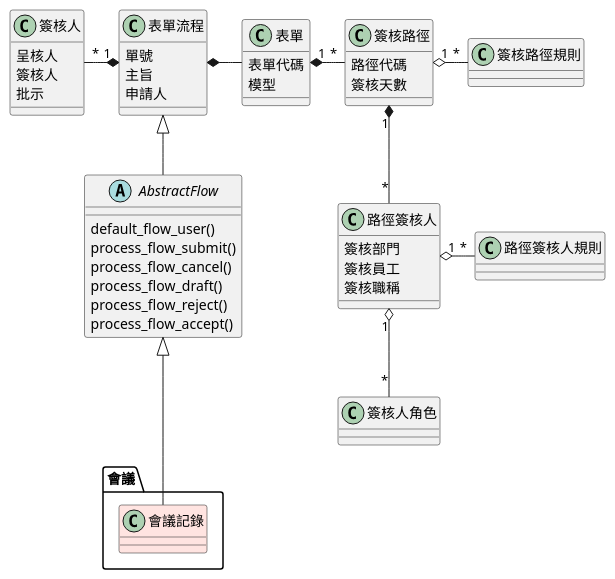
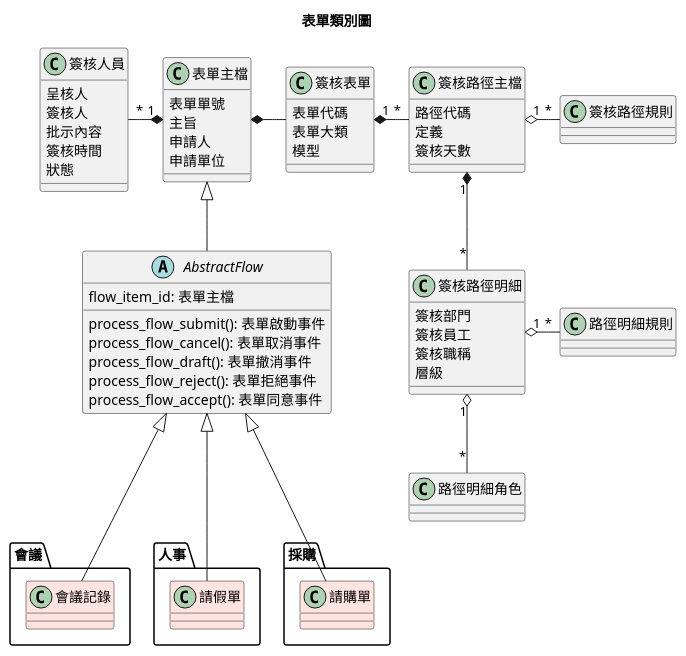
Before and after one commit to etoanik/plantuml: the diagram in Class/flow.puml, drawn with PlantUML.

```diff
--- a/Class/flow.puml
+++ b/Class/flow.puml
@@ -1,50 +1,63 @@
 @startuml
+title 表單類別圖
+
 class 會議.會議記錄 #MistyRose
+class 人事.請假單 #MistyRose
+class 採購.請購單 #MistyRose
 
-class 簽核人 {
+class 簽核人員 {
     呈核人
     簽核人
-    批示
+    批示內容
+    簽核時間
+    狀態
 }
 
-class 表單流程 {
-    單號
+class 表單主檔 {
+    表單單號
     主旨
     申請人
+    申請單位
 }
 
 abstract AbstractFlow {
-    default_flow_user()
-    process_flow_submit()
-    process_flow_cancel()
-    process_flow_draft()
-    process_flow_reject()
-    process_flow_accept()
+    flow_item_id: 表單主檔
+
+    process_flow_submit(): 表單啟動事件
+    process_flow_cancel(): 表單取消事件
+    process_flow_draft(): 表單撤消事件
+    process_flow_reject(): 表單拒絕事件
+    process_flow_accept(): 表單同意事件
 }
 
-class 表單 {
+class 簽核表單 {
     表單代碼
+    表單大類
     模型
 }
 
-class 簽核路徑 {
+class 簽核路徑主檔 {
     路徑代碼
+    定義
     簽核天數
 }
 
-class 路徑簽核人 {
+class 簽核路徑明細 {
     簽核部門
     簽核員工
     簽核職稱
+    層級
 }
 
-表單流程 "1" *-left- "*" 簽核人
-表單流程 *-right- 表單
-表單 "1" *-right- "*" 簽核路徑
-簽核路徑 "1" o-right- "*" 簽核路徑規則
-簽核路徑 "1" *-- "*" 路徑簽核人
-路徑簽核人 "1" o-right- "*" 路徑簽核人規則
-路徑簽核人 "1" o-down- "*" 簽核人角色
-表單流程 <|-- AbstractFlow
+表單主檔 "1" *-left- "*" 簽核人員
+表單主檔 *-right- 簽核表單
+簽核表單 "1" *-right- "*" 簽核路徑主檔
+簽核路徑主檔 "1" o-right- "*" 簽核路徑規則
+簽核路徑主檔 "1" *-- "*" 簽核路徑明細
+簽核路徑明細 "1" o-right- "*" 路徑明細規則
+簽核路徑明細 "1" o-down- "*" 路徑明細角色
+表單主檔 <|-- AbstractFlow
 AbstractFlow <|--- 會議.會議記錄
+AbstractFlow <|--- 人事.請假單
+AbstractFlow <|--- 採購.請購單
 @enduml
```
